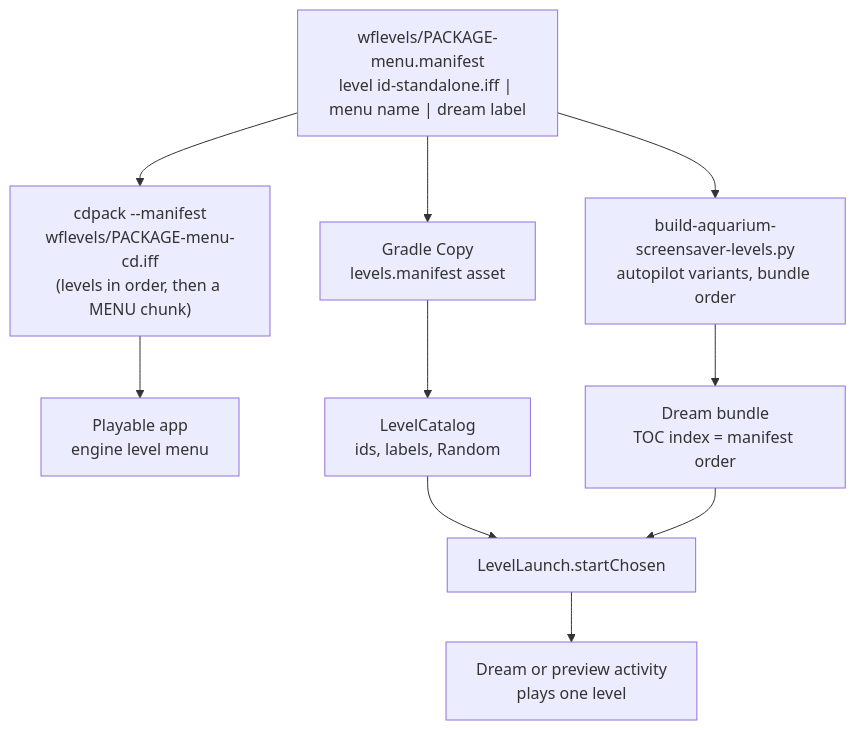
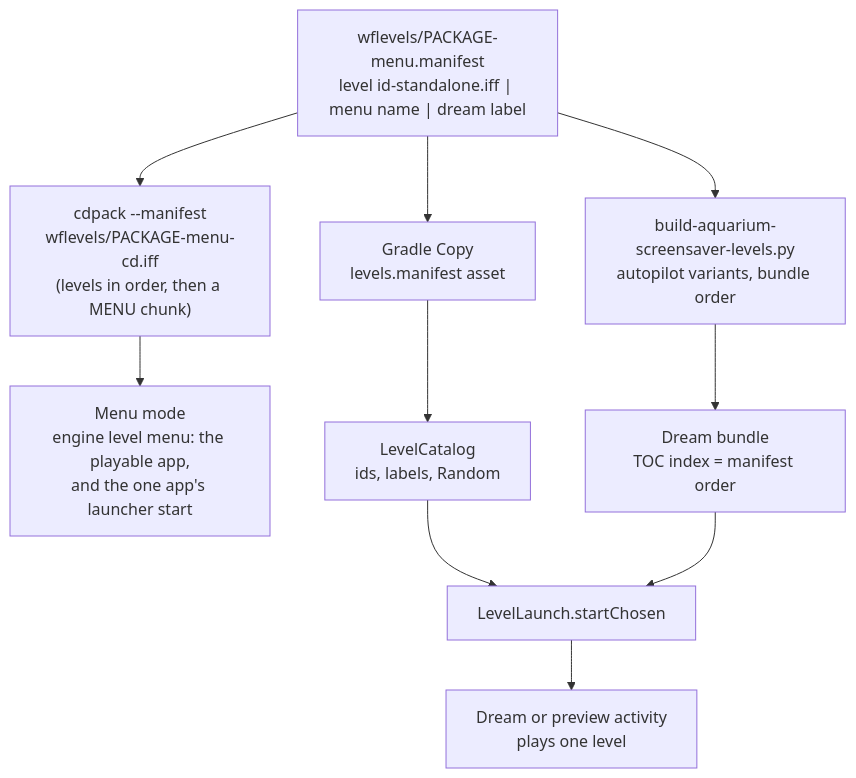
The first of 3 diagrams in docs/howto/combine-levels-chooser-and-screensaver-launch.md (wbniv/WorldFoundry), drawn with Mermaid before and after one commit. The commit also changed other lines of this file, not shown here.

First line of the commit message:
HOWTO: one app that is both the menu and the screensaver, testing it on a real Chromecast, the tank id table, the engine log, and registering a package with the coordinator

````diff
--- a/docs/howto/combine-levels-chooser-and-screensaver-launch.md
+++ b/docs/howto/combine-levels-chooser-and-screensaver-launch.md
@@ -16,13 +17,13 @@
 ```mermaid
 flowchart TD
     MF["wflevels/PACKAGE-menu.manifest<br/>level id-standalone.iff | menu name | dream label"]
     MF --> CD["cdpack --manifest<br/>wflevels/PACKAGE-menu-cd.iff<br/>(levels in order, then a MENU chunk)"]
-    CD --> APP["Playable app<br/>engine level menu"]
+    CD --> APP["Menu mode<br/>engine level menu: the playable app,<br/>and the one app's launcher start"]
     MF --> GR["Gradle Copy<br/>levels.manifest asset"]
     GR --> LC["LevelCatalog<br/>ids, labels, Random"]
     MF --> BS["build-aquarium-screensaver-levels.py<br/>autopilot variants, bundle order"]
     BS --> SB["Dream bundle<br/>TOC index = manifest order"]
     LC --> LL["LevelLaunch.startChosen"]
     SB --> LL
     LL --> DREAM["Dream or preview activity<br/>plays one level"]
 ```
````
